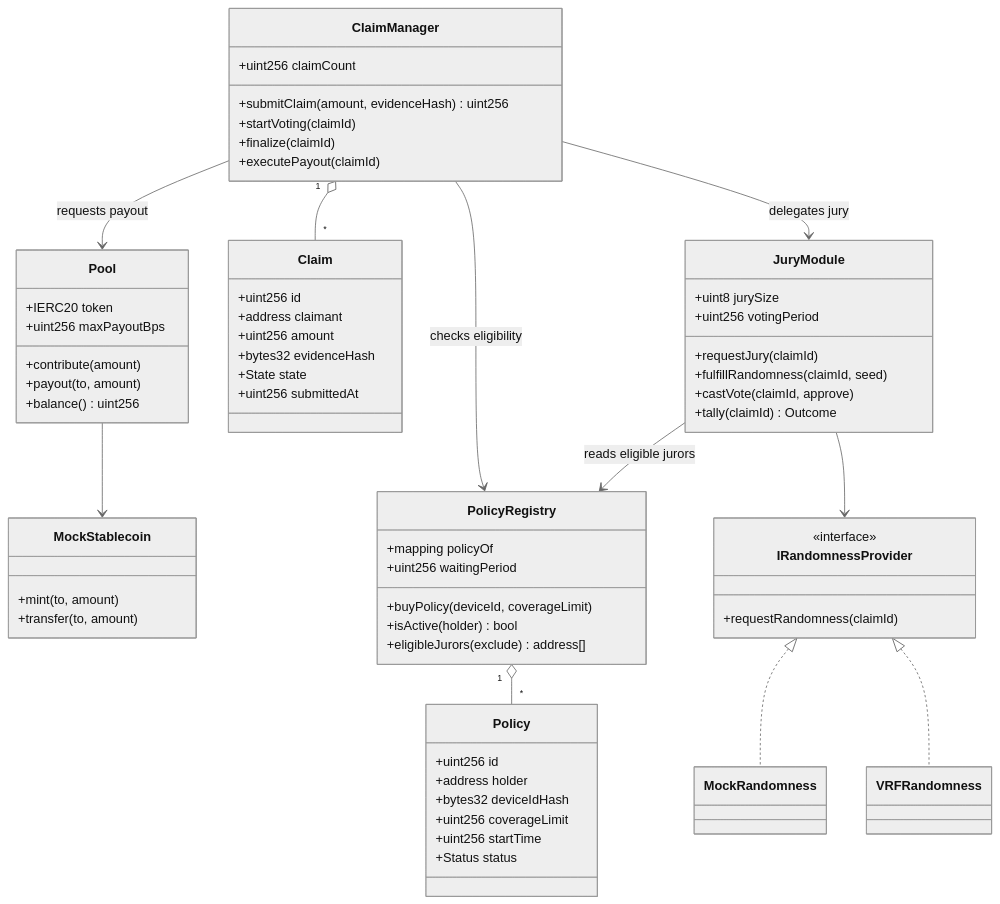
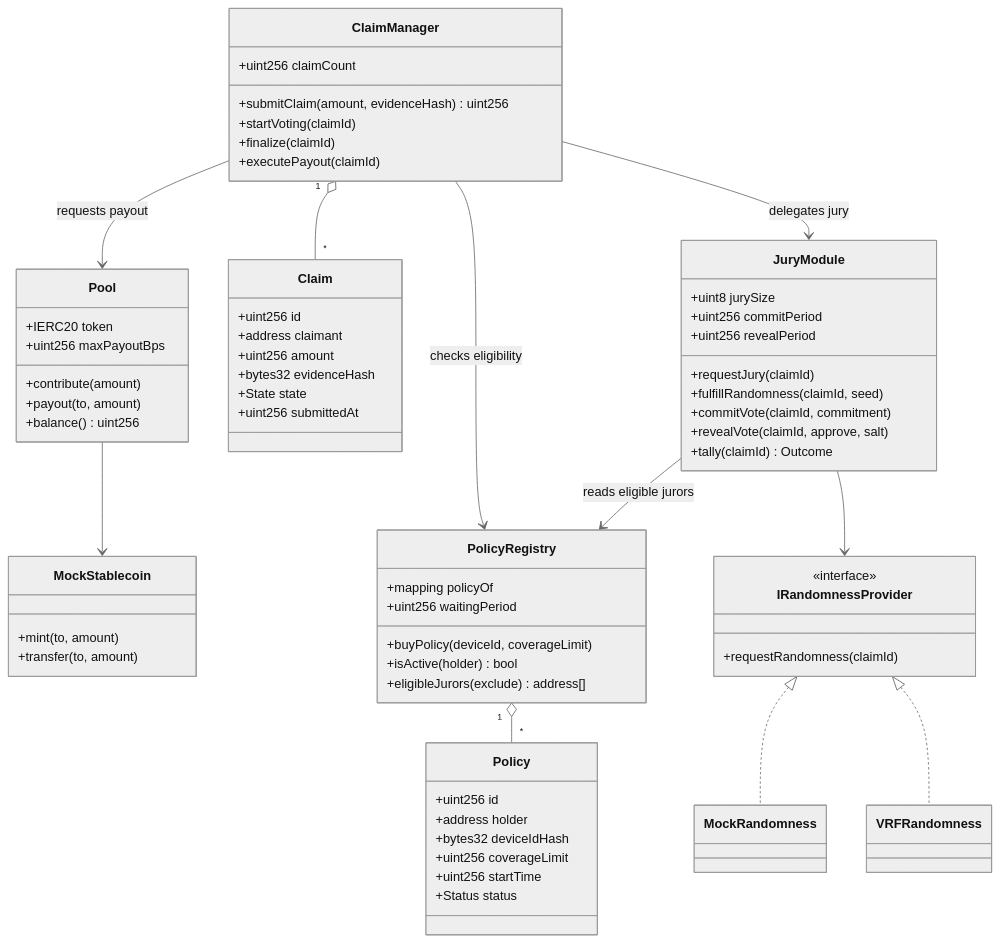
The second of 5 diagrams in docs/design-doc.md (StephanieNgu/trust-pool), drawn with Mermaid (neutral theme) before and after one commit. The commit also changed other lines of this file and 17 other files, not shown here.

First line of the commit message:
Add commit-reveal voting and encrypt evidence at rest

````diff
--- a/docs/design-doc.md
+++ b/docs/design-doc.md
@@ -68,77 +68,79 @@
 ```mermaid
 classDiagram
     class MockStablecoin {
         +mint(to, amount)
         +transfer(to, amount)
     }
 
     class PolicyRegistry {
         +mapping policyOf
         +uint256 waitingPeriod
         +buyPolicy(deviceId, coverageLimit)
         +isActive(holder) bool
         +eligibleJurors(exclude) address[]
     }
 
     class Policy {
         +uint256 id
         +address holder
         +bytes32 deviceIdHash
         +uint256 coverageLimit
         +uint256 startTime
         +Status status
     }
 
     class Pool {
         +IERC20 token
         +uint256 maxPayoutBps
         +contribute(amount)
         +payout(to, amount)
         +balance() uint256
     }
 
     class ClaimManager {
         +uint256 claimCount
         +submitClaim(amount, evidenceHash) uint256
         +startVoting(claimId)
         +finalize(claimId)
         +executePayout(claimId)
     }
 
     class Claim {
         +uint256 id
         +address claimant
         +uint256 amount
         +bytes32 evidenceHash
         +State state
         +uint256 submittedAt
     }
 
     class JuryModule {
         +uint8 jurySize
-        +uint256 votingPeriod
+        +uint256 commitPeriod
+        +uint256 revealPeriod
         +requestJury(claimId)
         +fulfillRandomness(claimId, seed)
-        +castVote(claimId, approve)
+        +commitVote(claimId, commitment)
+        +revealVote(claimId, approve, salt)
         +tally(claimId) Outcome
     }
 
     class IRandomnessProvider {
         <<interface>>
         +requestRandomness(claimId)
     }
 
     class MockRandomness
     class VRFRandomness
 
     PolicyRegistry "1" o-- "*" Policy
     ClaimManager "1" o-- "*" Claim
     ClaimManager --> PolicyRegistry : checks eligibility
     ClaimManager --> JuryModule : delegates jury
     ClaimManager --> Pool : requests payout
     JuryModule --> PolicyRegistry : reads eligible jurors
     JuryModule --> IRandomnessProvider
     IRandomnessProvider <|.. MockRandomness
     IRandomnessProvider <|.. VRFRandomness
     Pool --> MockStablecoin
 ```
````
